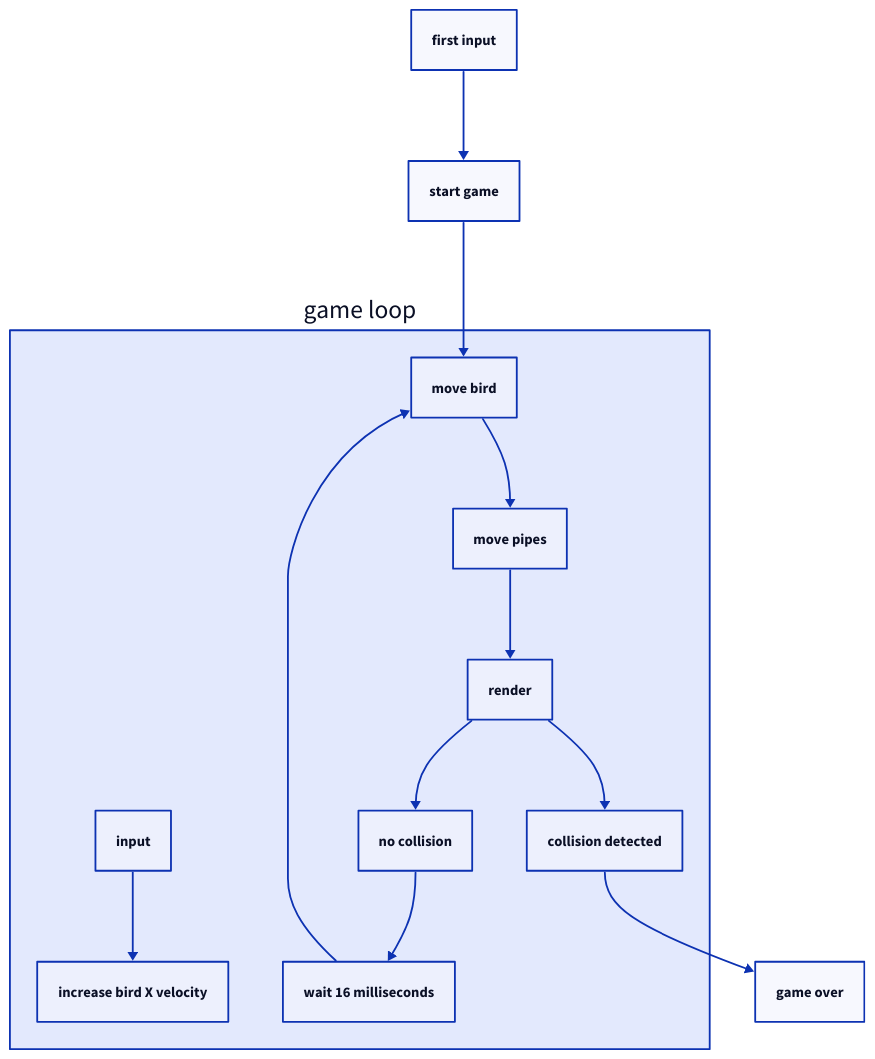
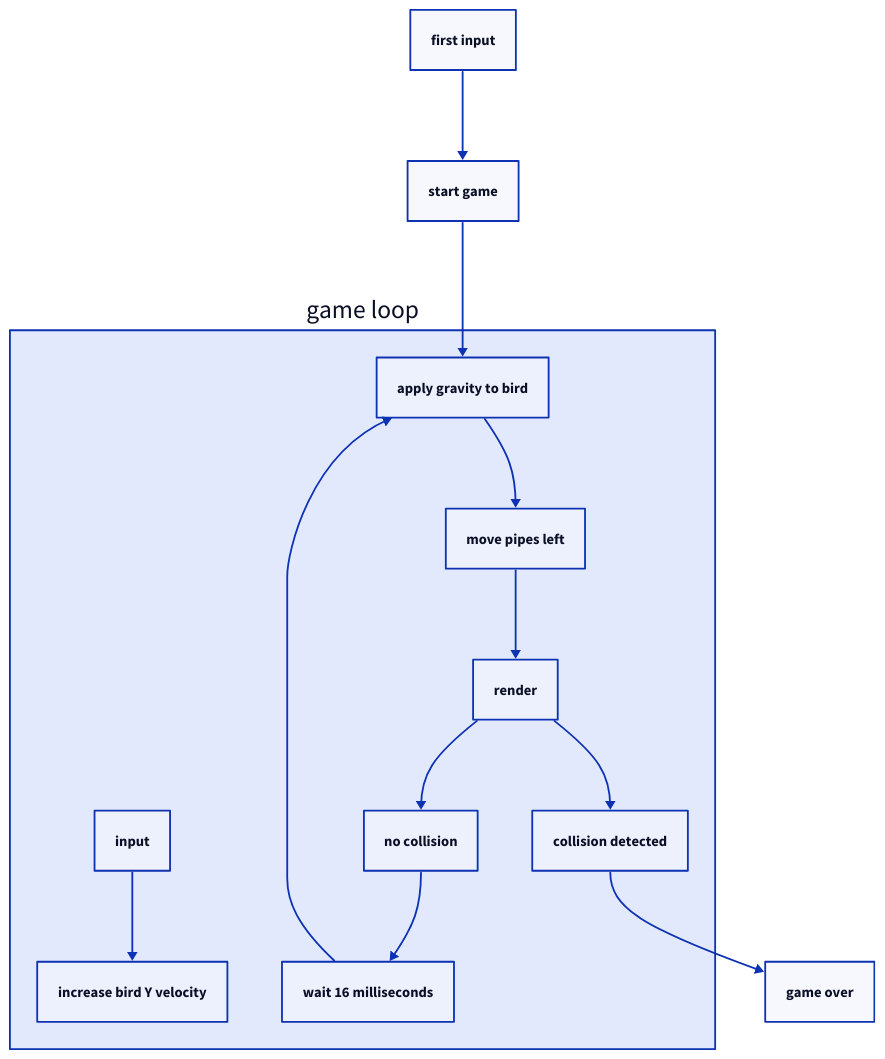
One commit to nhooyr/flappybird changed the diagram in pres/game-loop.d2. Above: the diagram before and after it, drawn with D2. The commit also changed 1 other file, not shown here.

```diff
--- a/pres/game-loop.d2
+++ b/pres/game-loop.d2
@@ -1,10 +1,10 @@
-first input -> start game -> game loop.move bird
+first input -> start game -> game loop.apply gravity to bird
 
 game loop: {
-  input -> increase bird X velocity
+  input -> increase bird Y velocity
 
-  move bird -> move pipes -> render
+  apply gravity to bird -> move pipes left -> render
 
-  render -> no collision -> wait 16 milliseconds -> move bird
+  render -> no collision -> wait 16 milliseconds -> apply gravity to bird
   render -> collision detected -> _.game over
 }
```
